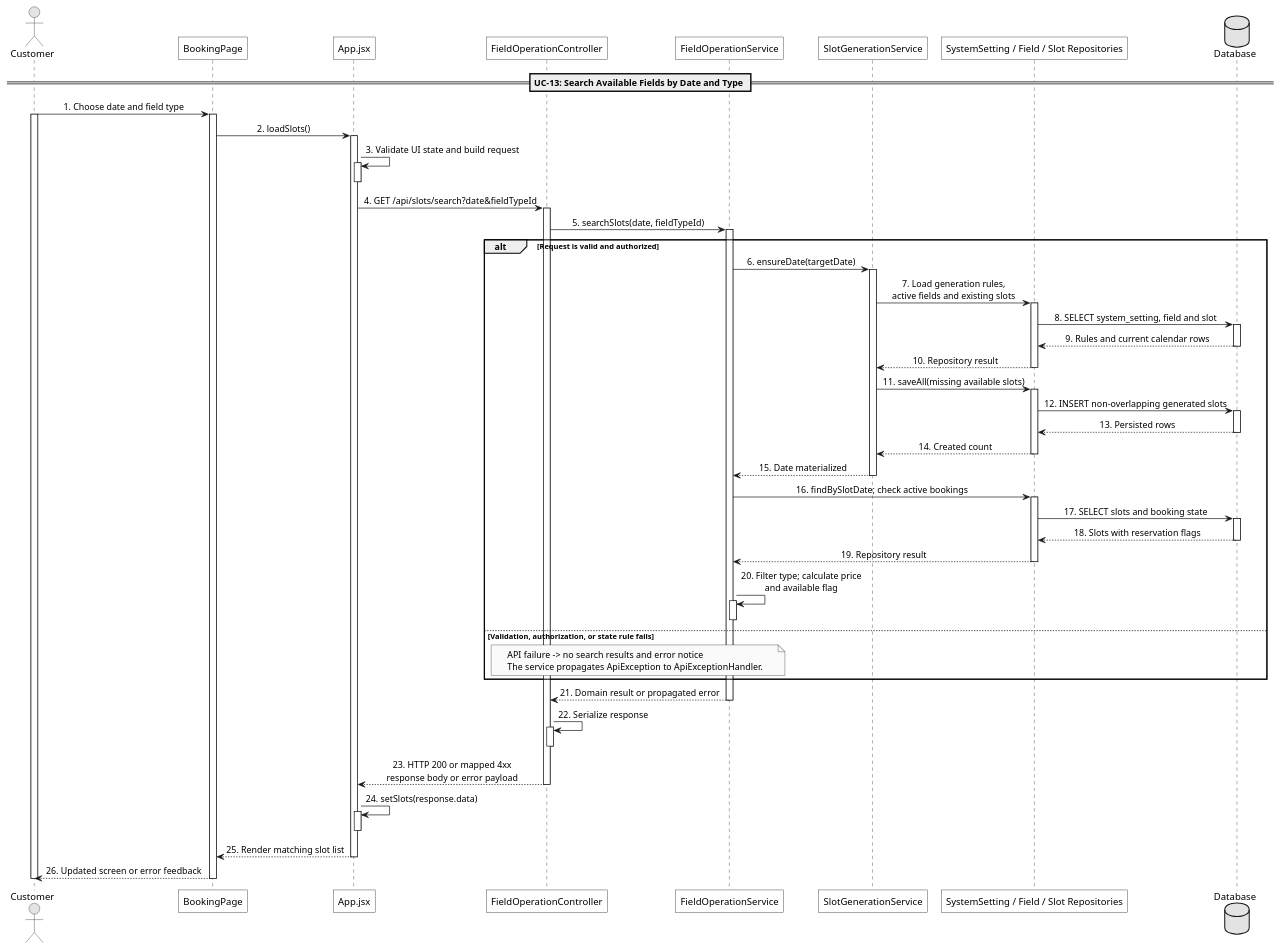
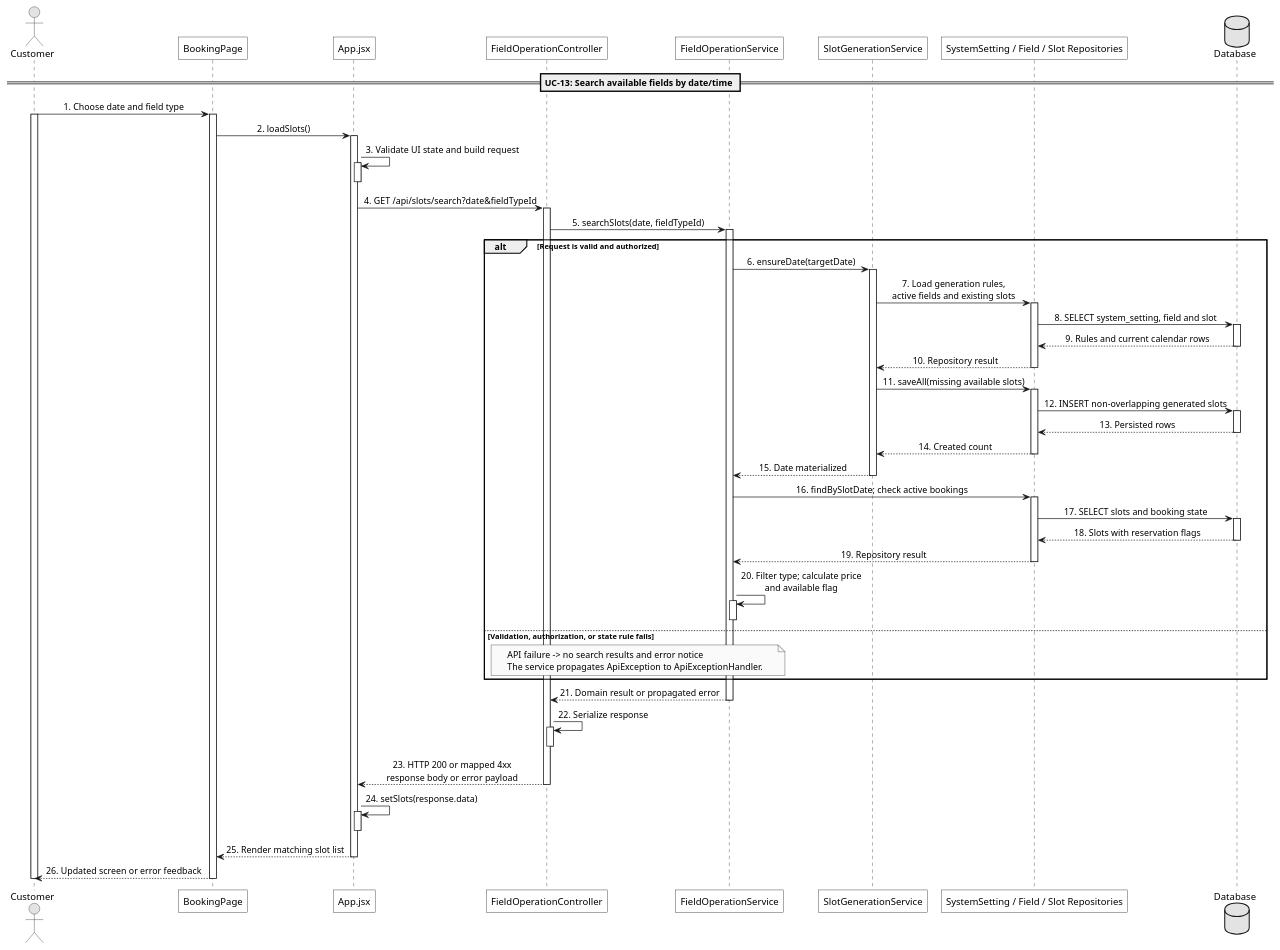
Before and after one commit to maxwell1904/SWP391_G3: the diagram in docs/Sequence/UC-13-search-available-fields-by-date-time.puml, drawn with PlantUML. The commit also changed 292 other files, not shown here.

Commit message:
align retake scope and product flows

```diff
--- a/docs/Sequence/UC-13-search-available-fields-by-date-time.puml
+++ b/docs/Sequence/UC-13-search-available-fields-by-date-time.puml
@@ -1,108 +1,108 @@
 @startuml
 
 skinparam monochrome true
 skinparam shadowing false
 skinparam roundcorner 0
 skinparam sequenceMessageAlign center
 skinparam responseMessageBelowArrow true
 
 skinparam participant {
   BackgroundColor white
   BorderColor black
 }
 
 actor "Customer" as User
 participant "BookingPage" as UI
 participant "App.jsx" as App
 participant "FieldOperationController" as Controller
 participant "FieldOperationService" as Service
 participant "SlotGenerationService" as Generator
 participant "SystemSetting / Field / Slot Repositories" as Repo
 database "Database" as DB
 
-== UC-13: Search Available Fields by Date and Type ==
+== UC-13: Search available fields by date/time ==
 
 User -> UI : 1. Choose date and field type
 activate User
 activate UI
 
 UI -> App : 2. loadSlots()
 activate App
 
 App -> App : 3. Validate UI state and build request
 activate App
 deactivate App
 
 App -> Controller : 4. GET /api/slots/search?date&fieldTypeId
 activate Controller
 
 Controller -> Service : 5. searchSlots(date, fieldTypeId)
 activate Service
 
 alt Request is valid and authorized
   Service -> Generator : 6. ensureDate(targetDate)
   activate Generator
   Generator -> Repo : 7. Load generation rules,\nactive fields and existing slots
   activate Repo
 
   Repo -> DB : 8. SELECT system_setting, field and slot
   activate DB
   DB --> Repo : 9. Rules and current calendar rows
   deactivate DB
 
   Repo --> Generator : 10. Repository result
   deactivate Repo
 
   Generator -> Repo : 11. saveAll(missing available slots)
   activate Repo
   Repo -> DB : 12. INSERT non-overlapping generated slots
   activate DB
   DB --> Repo : 13. Persisted rows
   deactivate DB
   Repo --> Generator : 14. Created count
   deactivate Repo
   Generator --> Service : 15. Date materialized
   deactivate Generator
 
   Service -> Repo : 16. findBySlotDate; check active bookings
   activate Repo
   Repo -> DB : 17. SELECT slots and booking state
   activate DB
   DB --> Repo : 18. Slots with reservation flags
   deactivate DB
   Repo --> Service : 19. Repository result
   deactivate Repo
 
   Service -> Service : 20. Filter type; calculate price\nand available flag
   activate Service
   deactivate Service
 else Validation, authorization, or state rule fails
   note over Service,Controller
     API failure -> no search results and error notice
     The service propagates ApiException to ApiExceptionHandler.
   end note
 end
 
 Service --> Controller : 21. Domain result or propagated error
 deactivate Service
 
 Controller -> Controller : 22. Serialize response
 activate Controller
 deactivate Controller
 
 Controller --> App : 23. HTTP 200 or mapped 4xx\nresponse body or error payload
 deactivate Controller
 
 App -> App : 24. setSlots(response.data)
 activate App
 deactivate App
 
 App --> UI : 25. Render matching slot list
 deactivate App
 
 UI --> User : 26. Updated screen or error feedback
 
 deactivate UI
 deactivate User
 
 @enduml
```
